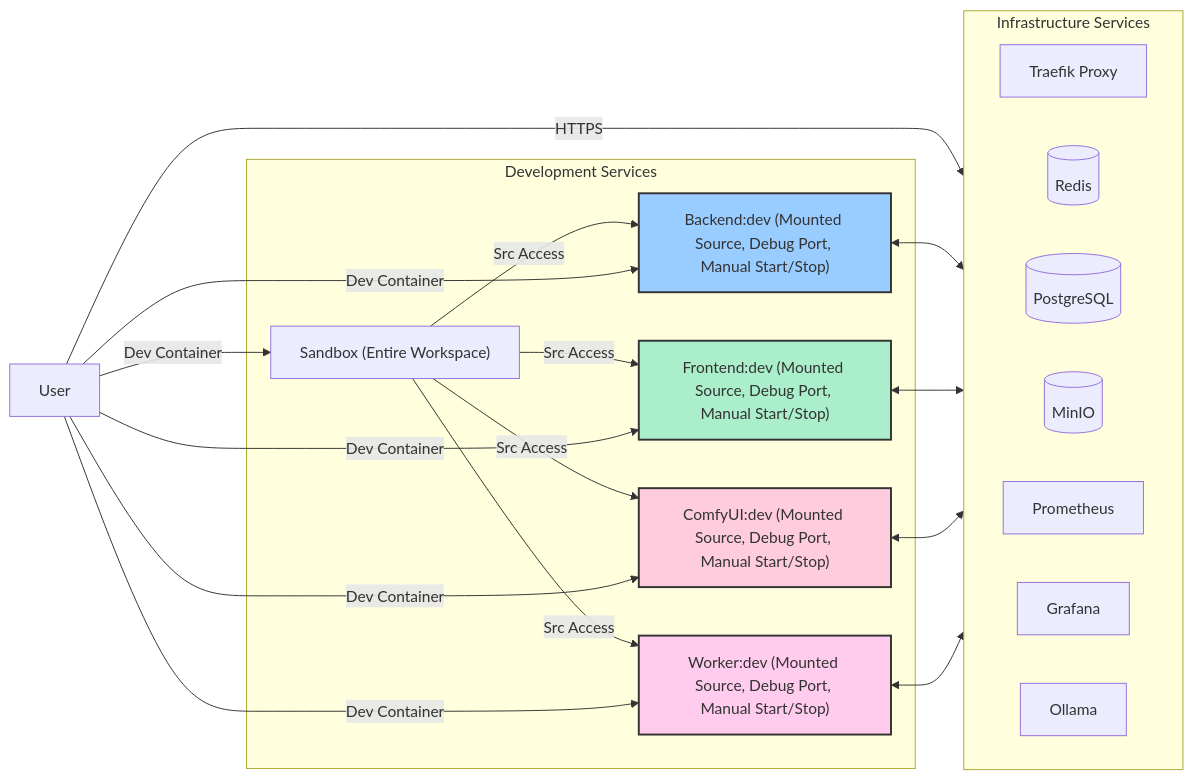
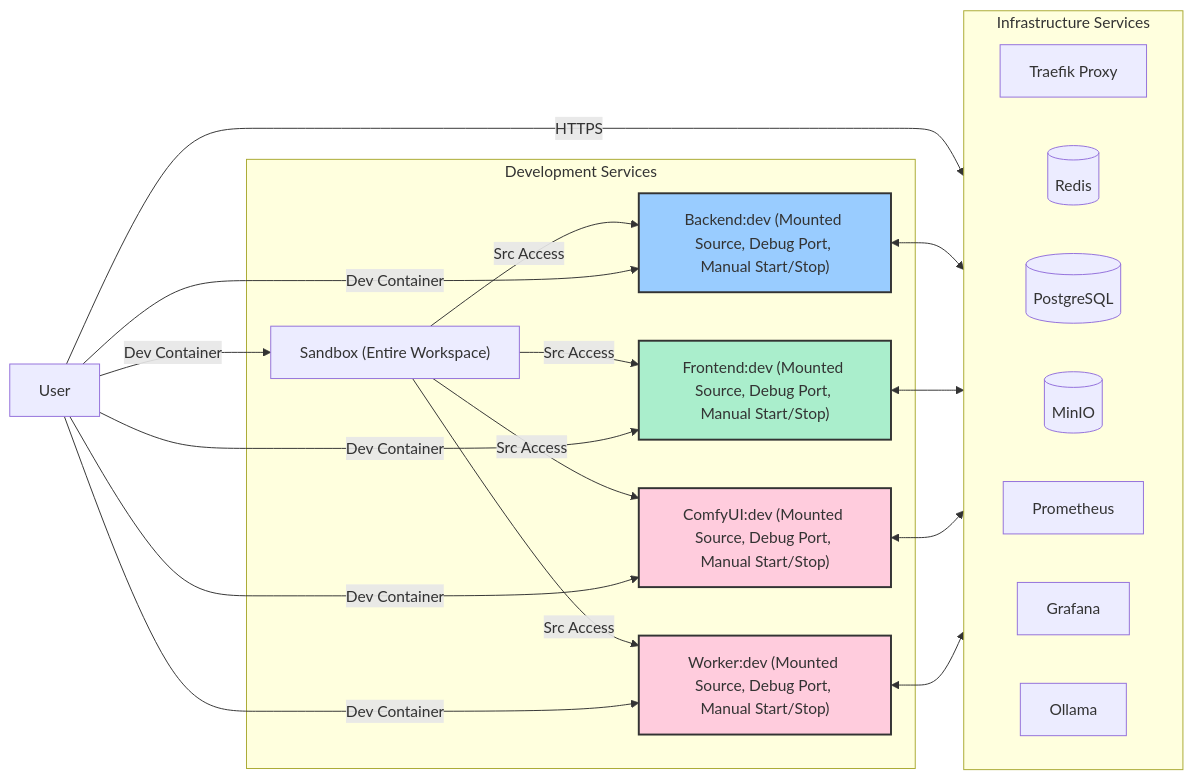
The second of 7 diagrams in docs/02_architecture_overview.md (ktzevani/myspinbot), drawn with Mermaid before and after one commit. The commit also changed other lines of this file, not shown here.

````diff
--- a/docs/02_architecture_overview.md
+++ b/docs/02_architecture_overview.md
@@ -115,44 +115,44 @@
 ```mermaid
 graph LR
     subgraph BaseInfra[Infrastructure Services]
         direction RL
         T[Traefik Proxy]
         REDIS[(Redis)]
         POSTGRES[(PostgreSQL)]
         MINIO[(MinIO)]
         PROM[Prometheus]
         GRAFANA[Grafana]
         OLLAMA[Ollama]
     end
 
     subgraph DevServices[Development Services]
         API_DEV["Backend:dev (Mounted Source, Debug Port, Manual Start/Stop)"]
         UI_DEV["Frontend:dev (Mounted Source, Debug Port, Manual Start/Stop)"]
         WORKER_DEV["Worker:dev (Mounted Source, Debug Port, Manual Start/Stop)"]
         COMFYUI_DEV["ComfyUI:dev (Mounted Source, Debug Port, Manual Start/Stop)"]
         SANDBOX["Sandbox (Entire Workspace)"]
     end
 
 
     API_DEV <--> BaseInfra
     UI_DEV <--> BaseInfra
     COMFYUI_DEV <--> BaseInfra
     WORKER_DEV <--> BaseInfra
 
     SANDBOX -- Src Access --> API_DEV
     SANDBOX -- Src Access --> UI_DEV
     SANDBOX -- Src Access --> WORKER_DEV
     SANDBOX -- Src Access --> COMFYUI_DEV
 
     User -- Dev Container --> SANDBOX
     User -- Dev Container --> API_DEV
     User -- Dev Container --> UI_DEV
     User -- Dev Container --> WORKER_DEV
     User -- Dev Container --> COMFYUI_DEV
     User -- HTTPS --> T
 
     style UI_DEV fill:#aec,stroke:#333,stroke-width:2px
-    style WORKER_DEV fill:#fce,stroke:#333,stroke-width:2px
+    style WORKER_DEV fill:#fcd,stroke:#333,stroke-width:2px
     style COMFYUI_DEV fill:#fcd,stroke:#333,stroke-width:2px
     style API_DEV fill:#9cf,stroke:#333,stroke-width:2px
 ```
````
